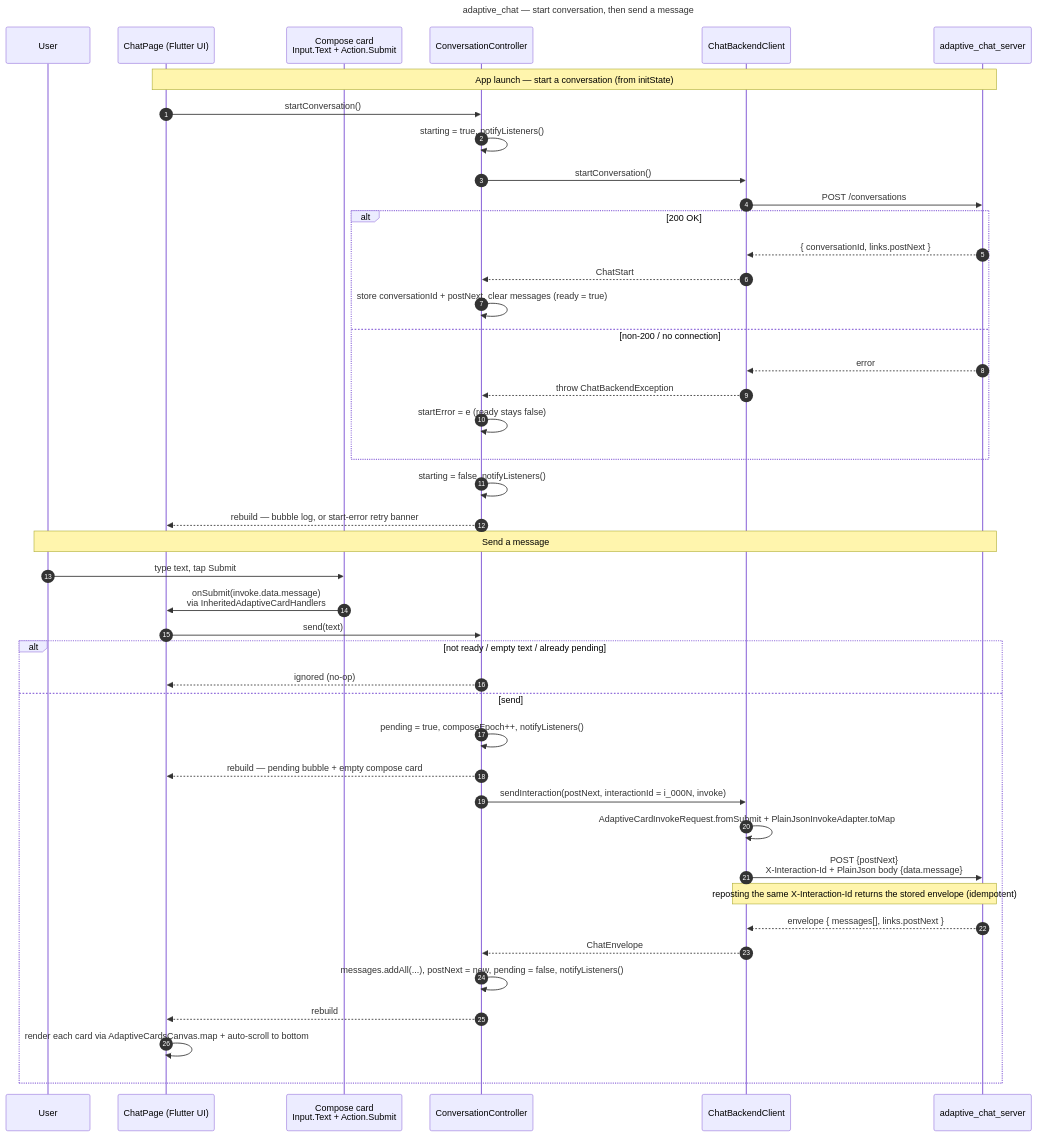
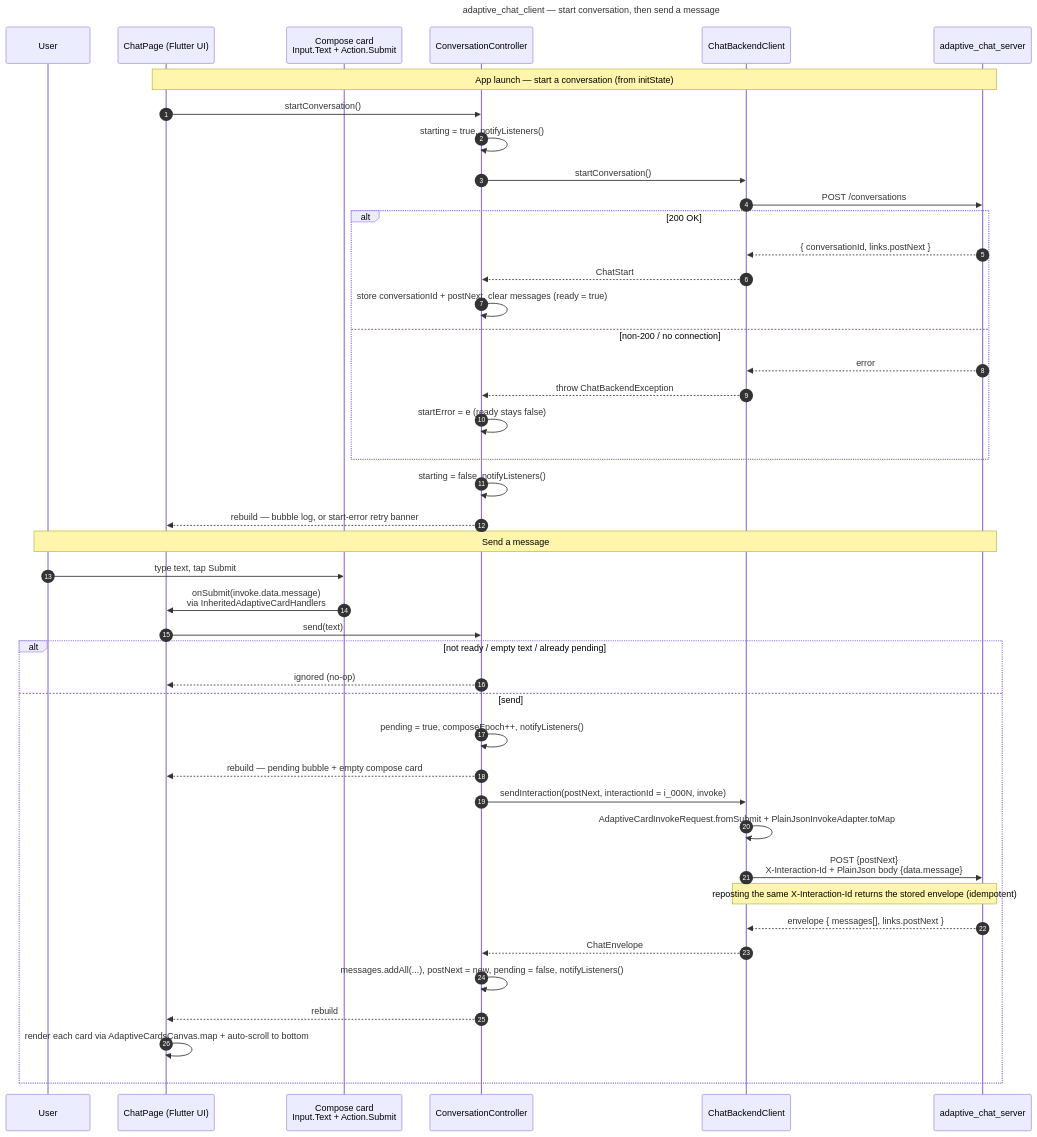
One commit to freemansoft/Flutter-AdaptiveCards changed the second of 2 diagrams in adaptive_chat_client/README.md. Above: the diagram before and after it, drawn with Mermaid. The commit also changed 4 other files, not shown here.

````diff
--- a/adaptive_chat_client/README.md
+++ b/adaptive_chat_client/README.md
@@ -87,50 +87,50 @@
 ```mermaid
 ---
-title: "adaptive_chat — start conversation, then send a message"
+title: "adaptive_chat_client — start conversation, then send a message"
 ---
 sequenceDiagram
     autonumber
     participant U as User
     participant P as ChatPage (Flutter UI)
     participant K as Compose card<br/>Input.Text + Action.Submit
     participant C as ConversationController
     participant B as ChatBackendClient
     participant S as adaptive_chat_server
 
     Note over P,S: App launch — start a conversation (from initState)
     P->>C: startConversation()
     C->>C: starting = true, notifyListeners()
     C->>B: startConversation()
     B->>S: POST /conversations
     alt 200 OK
         S-->>B: { conversationId, links.postNext }
         B-->>C: ChatStart
         C->>C: store conversationId + postNext, clear messages (ready = true)
     else non-200 / no connection
         S-->>B: error
         B-->>C: throw ChatBackendException
         C->>C: startError = e (ready stays false)
     end
     C->>C: starting = false, notifyListeners()
     C-->>P: rebuild — bubble log, or start-error retry banner
 
     Note over U,S: Send a message
     U->>K: type text, tap Submit
     K->>P: onSubmit(invoke.data.message)<br/>via InheritedAdaptiveCardHandlers
     P->>C: send(text)
     alt not ready / empty text / already pending
         C-->>P: ignored (no-op)
     else send
         C->>C: pending = true, composeEpoch++, notifyListeners()
         C-->>P: rebuild — pending bubble + empty compose card
         C->>B: sendInteraction(postNext, interactionId = i_000N, invoke)
         B->>B: AdaptiveCardInvokeRequest.fromSubmit + PlainJsonInvokeAdapter.toMap
         B->>S: POST {postNext}<br/>X-Interaction-Id + PlainJson body {data.message}
         Note over B,S: reposting the same X-Interaction-Id returns the stored envelope (idempotent)
         S-->>B: envelope { messages[], links.postNext }
         B-->>C: ChatEnvelope
         C->>C: messages.addAll(...), postNext = new, pending = false, notifyListeners()
         C-->>P: rebuild
         P->>P: render each card via AdaptiveCardsCanvas.map + auto-scroll to bottom
     end
 ```
````
